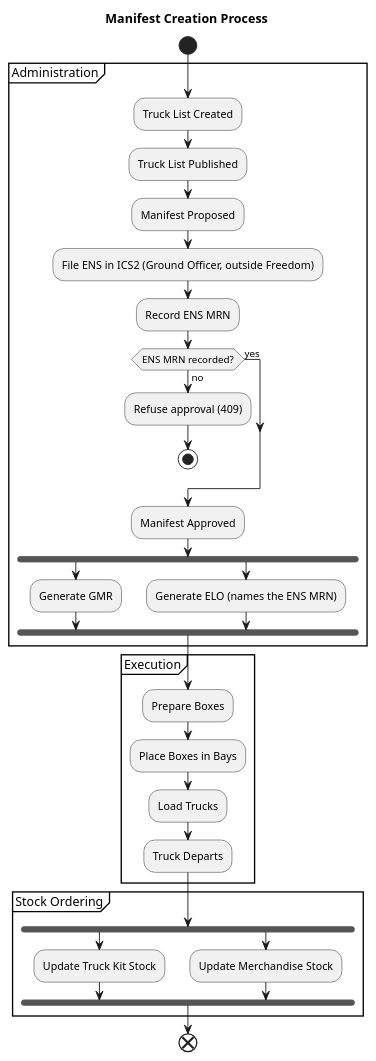
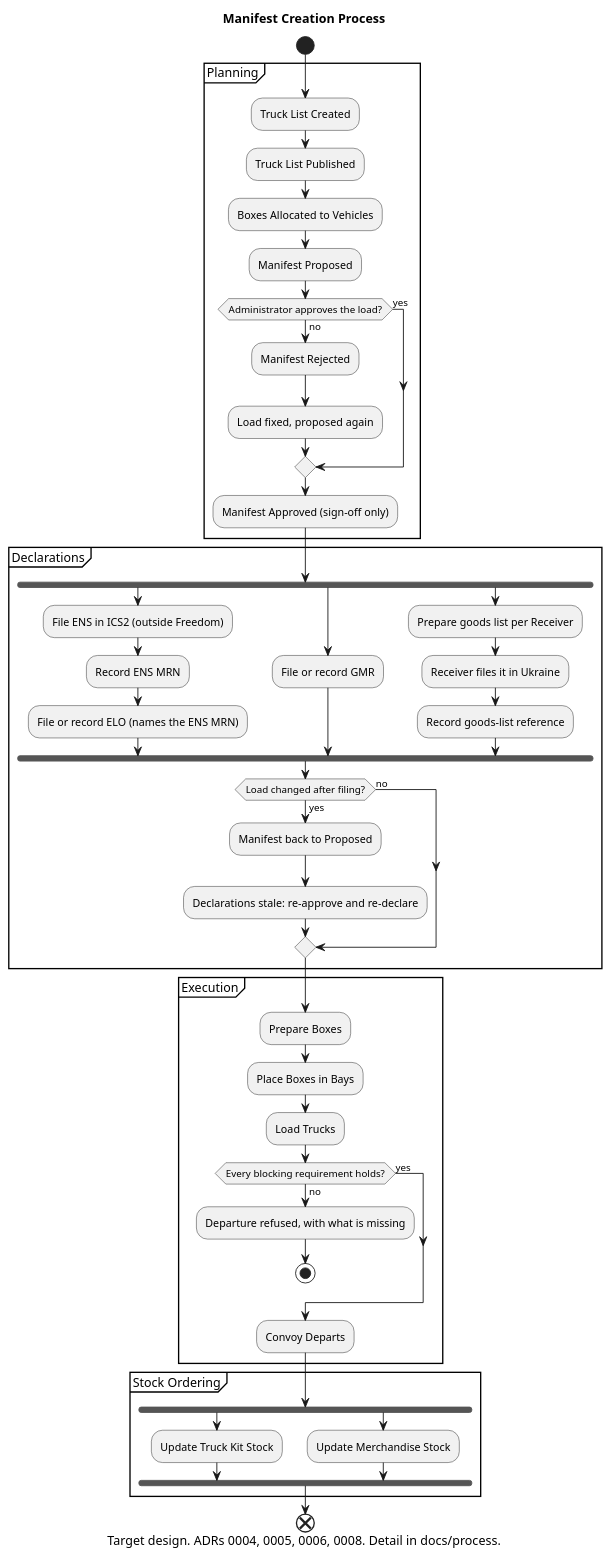
One commit to TheLastColonial/UA.Action.Freedom changed the diagram in docs/process.puml. Above: the diagram before and after it, drawn with PlantUML. The commit also changed 88 other files, not shown here.

Commit message:
Update Definition and Diagrams (#27)

```diff
--- a/docs/process.puml
+++ b/docs/process.puml
@@ -1,59 +1,85 @@
 @startuml Manifest Creation Process
 
+' TARGET DESIGN (ADRs 0004, 0005, 0006, 0008; decisions P6, X3, X5, O36).
+' Approval is no longer the fork that releases the paperwork: it signs off a vehicle's load, and the
+' declarations are prepared and filed afterwards, manually by default. The code still implements the
+' earlier version (approval refuses without an ENS, freezes the manifest, then hands off the GMR, the
+' document and the ELO) until docs/plans/08 and docs/plans/15 merge. That version of this file is in
+' git history at commit f659eed.
+'
+' Role-by-role detail: docs/process/00-end-to-end-overview.puml and docs/process/05.
+
 title Manifest Creation Process
+caption Target design. ADRs 0004, 0005, 0006, 0008. Detail in docs/process.
 
 start
 
-group Administration {
-    
+group Planning {
+
     :Truck List Created;
+    ' Still the gate it always was: a manifest is proposed only against a published list.
     :Truck List Published;
+    :Boxes Allocated to Vehicles;
     :Manifest Proposed;
 
-    ' The ENS comes first, and not as part of the fork below: the ELO pairs the crossing against
-    ' its MRN, so there is nothing to generate without one. Filed outside Freedom, in the EU
-    ' Customs Trader Portal, because ICS2's Shared Trader Interface speaks eDelivery AS4 and we
-    ' expose no inbound endpoint (recommendations 4.1). See docs/adr/0003.
-    :File ENS in ICS2 (Ground Officer, outside Freedom);
-    :Record ENS MRN;
-
-    if (ENS MRN recorded?) then (no)
-        ' Refused before the freeze, unlike every other check on approval: a manifest frozen with
-        ' no declaration is frozen for ever against an envelope customs will never issue.
-        :Refuse approval (409);
-        stop
+    if (Administrator approves the load?) then (no)
+        :Manifest Rejected;
+        :Load fixed, proposed again;
     else (yes)
     endif
 
-    :Manifest Approved;
+    :Manifest Approved (sign-off only);
 
+}
+
+group Declarations {
+
+    ' The ENS comes first: the ELO pairs the crossing against its MRN. Filed outside Freedom by the
+    ' Dispatcher, with the Ground Officer entering the consignee address (decisions X1, O32).
     fork
-        :Generate GMR;
+        :File ENS in ICS2 (outside Freedom);
+        :Record ENS MRN;
+        :File or record ELO (names the ENS MRN);
     fork again
-        :Generate ELO (names the ENS MRN);
+        :File or record GMR;
+    fork again
+        :Prepare goods list per Receiver;
+        :Receiver files it in Ukraine;
+        :Record goods-list reference;
     end fork
+
+    if (Load changed after filing?) then (yes)
+        :Manifest back to Proposed;
+        :Declarations stale: re-approve and re-declare;
+    else (no)
+    endif
 
 }
 
 group Execution {
 
     :Prepare Boxes;
     :Place Boxes in Bays;
     :Load Trucks;
-    :Truck Departs;
+    if (Every blocking requirement holds?) then (no)
+        :Departure refused, with what is missing;
+        stop
+    else (yes)
+    endif
+    :Convoy Departs;
 
 }
 
 group Stock Ordering {
 
     fork
         :Update Truck Kit Stock;
     fork again
         :Update Merchandise Stock;
     end fork
 
 }
 
 end
 
 @enduml
```
